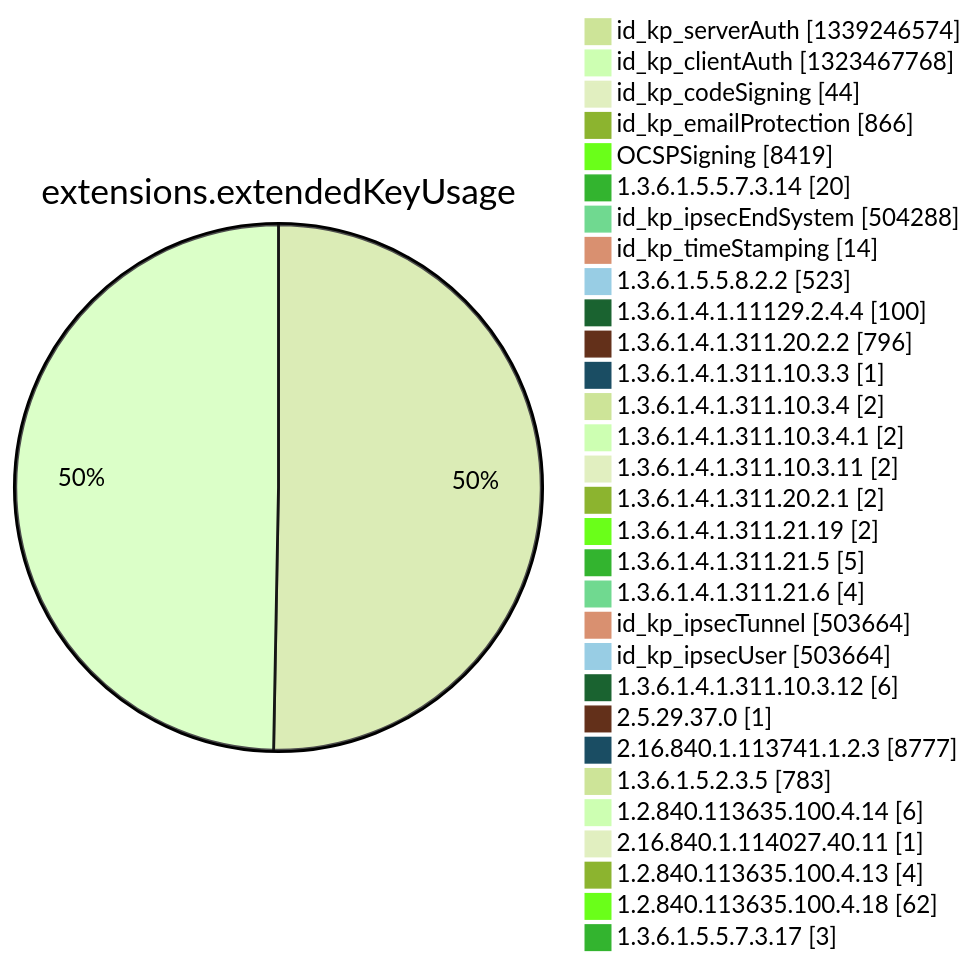
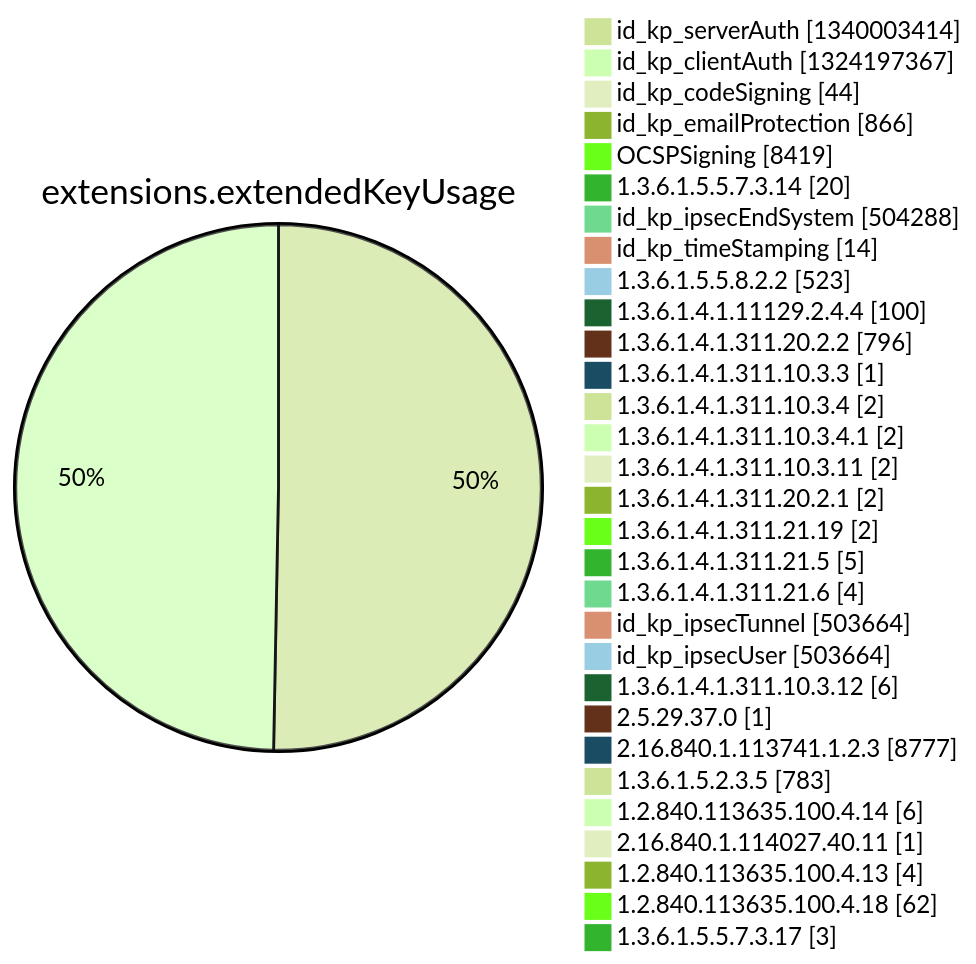
One commit to christiankrug/ctmonitor_visualization changed diagram 12 of 15 in argon2022/README.md. Above: the diagram before and after it, drawn with Mermaid (forest theme). The commit also changed other lines of this file, not shown here.

````diff
--- a/argon2022/README.md
+++ b/argon2022/README.md
@@ -3553,34 +3553,34 @@
 ```mermaid
 pie showData
 title extensions.extendedKeyUsage
-"id_kp_serverAuth" :1339246574
-"id_kp_clientAuth" :1323467768
+"id_kp_serverAuth" :1340003414
+"id_kp_clientAuth" :1324197367
 "id_kp_codeSigning" :44
 "id_kp_emailProtection" :866
 "OCSPSigning" :8419
 "1.3.6.1.5.5.7.3.14" :20
 "id_kp_ipsecEndSystem" :504288
 "id_kp_timeStamping" :14
 "1.3.6.1.5.5.8.2.2" :523
 "1.3.6.1.4.1.11129.2.4.4" :100
 "1.3.6.1.4.1.311.20.2.2" :796
 "1.3.6.1.4.1.311.10.3.3" :1
 "1.3.6.1.4.1.311.10.3.4" :2
 "1.3.6.1.4.1.311.10.3.4.1" :2
 "1.3.6.1.4.1.311.10.3.11" :2
 "1.3.6.1.4.1.311.20.2.1" :2
 "1.3.6.1.4.1.311.21.19" :2
 "1.3.6.1.4.1.311.21.5" :5
 "1.3.6.1.4.1.311.21.6" :4
 "id_kp_ipsecTunnel" :503664
 "id_kp_ipsecUser" :503664
 "1.3.6.1.4.1.311.10.3.12" :6
 "2.5.29.37.0" :1
 "2.16.840.1.113741.1.2.3" :8777
 "1.3.6.1.5.2.3.5" :783
 "1.2.840.113635.100.4.14" :6
 "2.16.840.1.114027.40.11" :1
 "1.2.840.113635.100.4.13" :4
 "1.2.840.113635.100.4.18" :62
 "1.3.6.1.5.5.7.3.17" :3
 ```
````
